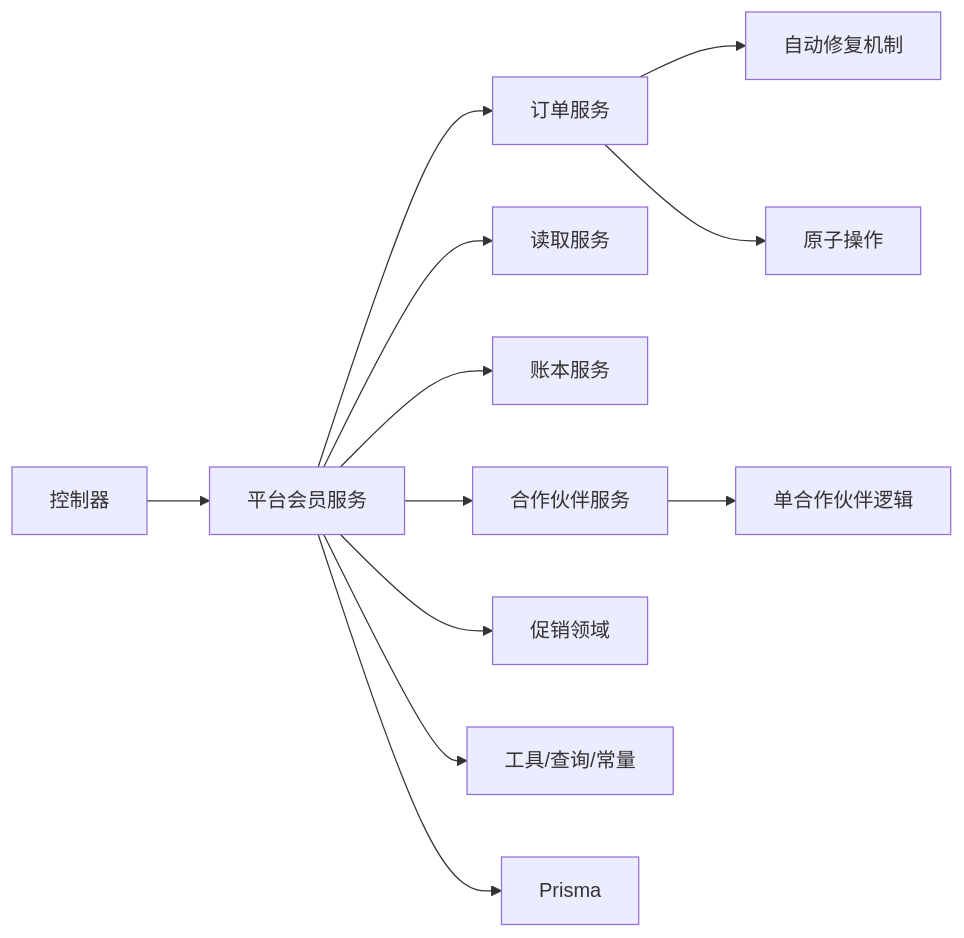
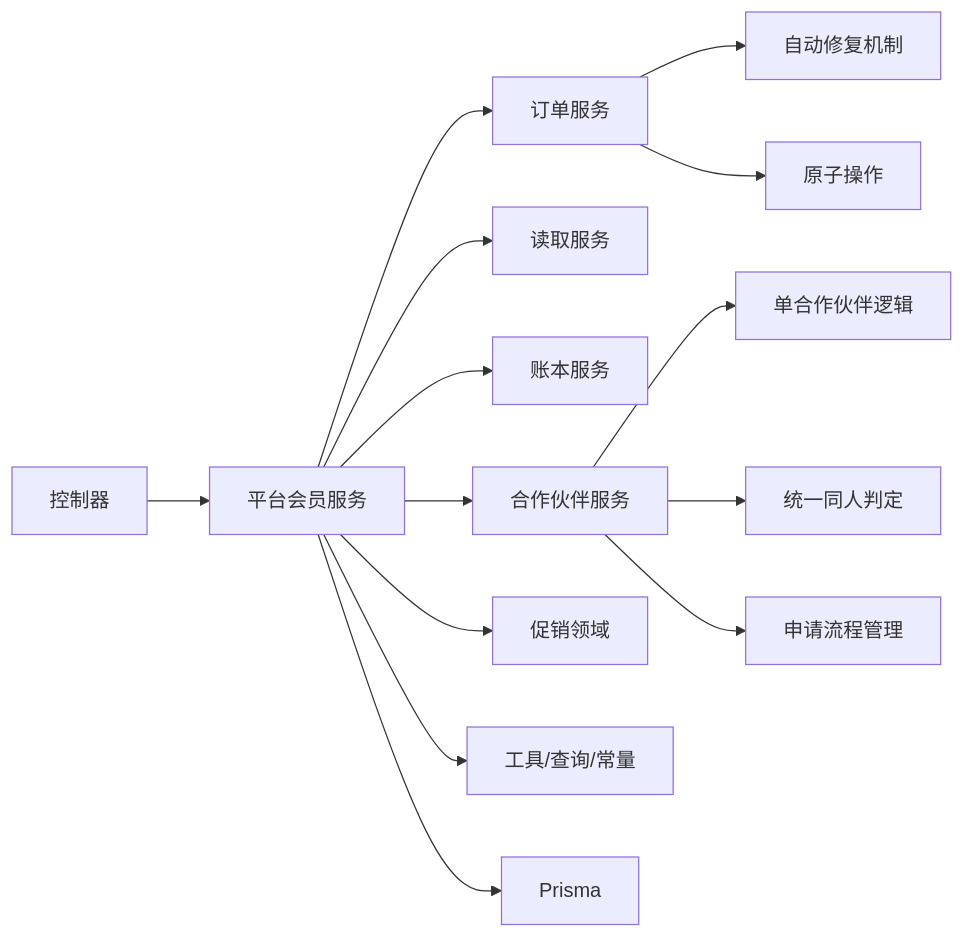
Diagram 12 of 12 in .qoder/repowiki/zh/content/业务模块/会员管理模块/平台会员管理.md (rc558620/purelyprofit-server), drawn with Mermaid before and after one commit. The commit also changed other lines of this file and 19 other files, not shown here.

````diff
--- a/.qoder/repowiki/zh/content/业务模块/会员管理模块/平台会员管理.md
+++ b/.qoder/repowiki/zh/content/业务模块/会员管理模块/平台会员管理.md
@@ -571,14 +614,16 @@
 ```mermaid
 graph LR
 Ctrl["控制器"] --> Svc["平台会员服务"]
 Svc --> OrderSvc["订单服务"]
 Svc --> ReadSvc["读取服务"]
 Svc --> LedgerSvc["账本服务"]
 Svc --> PartnerSvc["合作伙伴服务"]
 Svc --> Promo["促销领域"]
 Svc --> Utils["工具/查询/常量"]
 Svc --> Prisma["Prisma"]
 OrderSvc --> AutoRepair["自动修复机制"]
 OrderSvc --> AtomicOps["原子操作"]
 PartnerSvc --> SinglePartner["单合作伙伴逻辑"]
+PartnerSvc --> IdentityCheck["统一同人判定"]
+PartnerSvc --> ApplicationFlow["申请流程管理"]
 ```
````
